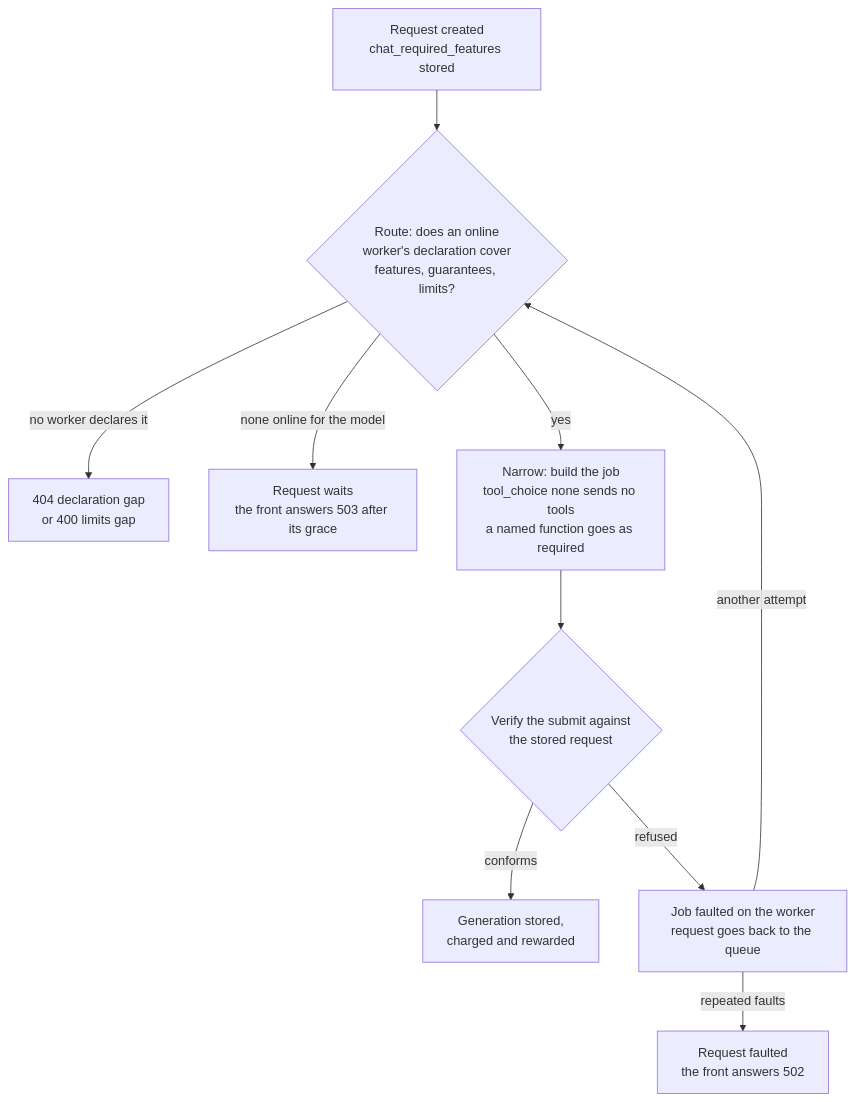
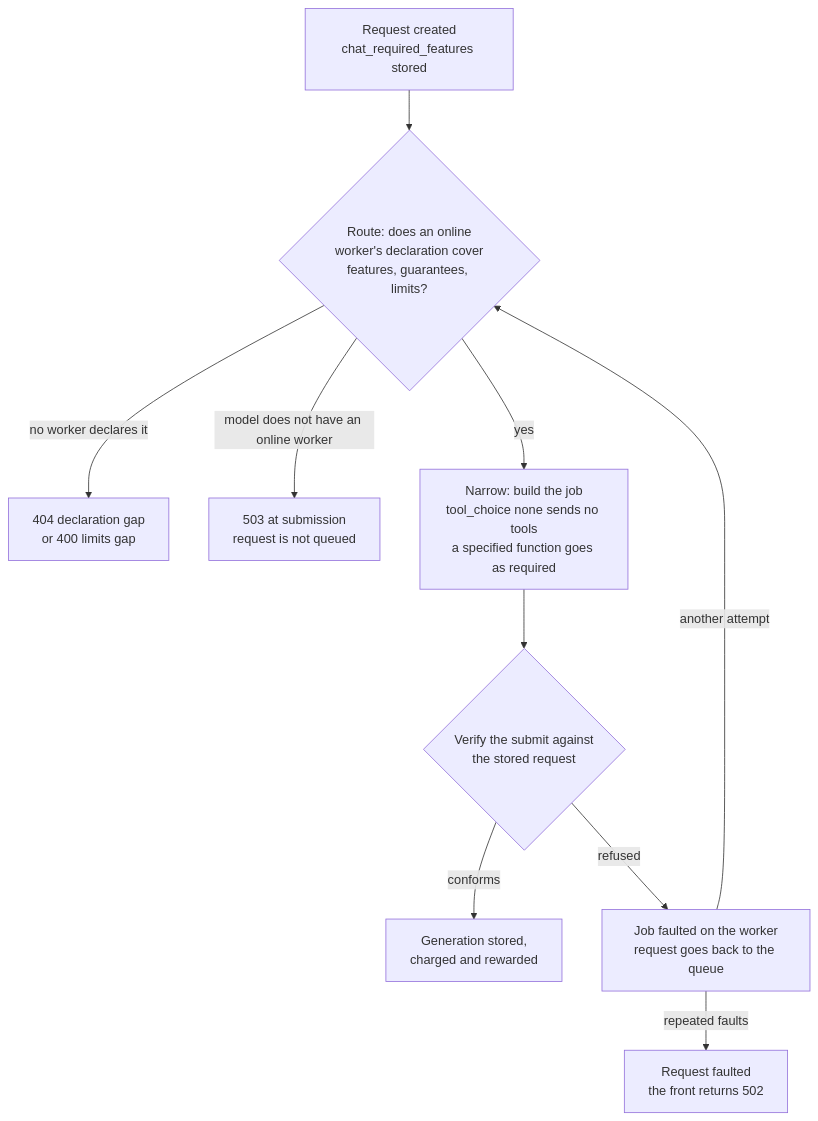
The fifth of 7 diagrams in docs/explanation/chat_requests.md (Haidra-Org/AI-Horde), drawn with Mermaid before and after one commit. The commit also changed other lines of this file and 62 other files, not shown here.

````diff
--- a/docs/explanation/chat_requests.md
+++ b/docs/explanation/chat_requests.md
@@ -241,12 +234,12 @@
 ```mermaid
 flowchart TD
     A[Request created<br/>chat_required_features stored] --> B{Route: does an online<br/>worker's declaration cover<br/>features, guarantees, limits?}
     B -->|no worker declares it| G[404 declaration gap<br/>or 400 limits gap]
-    B -->|none online for the model| Q[Request waits<br/>the front answers 503 after its grace]
-    B -->|yes| D[Narrow: build the job<br/>tool_choice none sends no tools<br/>a named function goes as required]
+    B -->|model does not have an online worker| Q[503 at submission<br/>request is not queued]
+    B -->|yes| D[Narrow: build the job<br/>tool_choice none sends no tools<br/>a specified function goes as required]
     D --> S{Verify the submit against<br/>the stored request}
     S -->|conforms| OK[Generation stored,<br/>charged and rewarded]
     S -->|refused| RF[Job faulted on the worker<br/>request goes back to the queue]
     RF -->|another attempt| B
-    RF -->|repeated faults| X[Request faulted<br/>the front answers 502]
+    RF -->|repeated faults| X[Request faulted<br/>the front returns 502]
 ```
````
